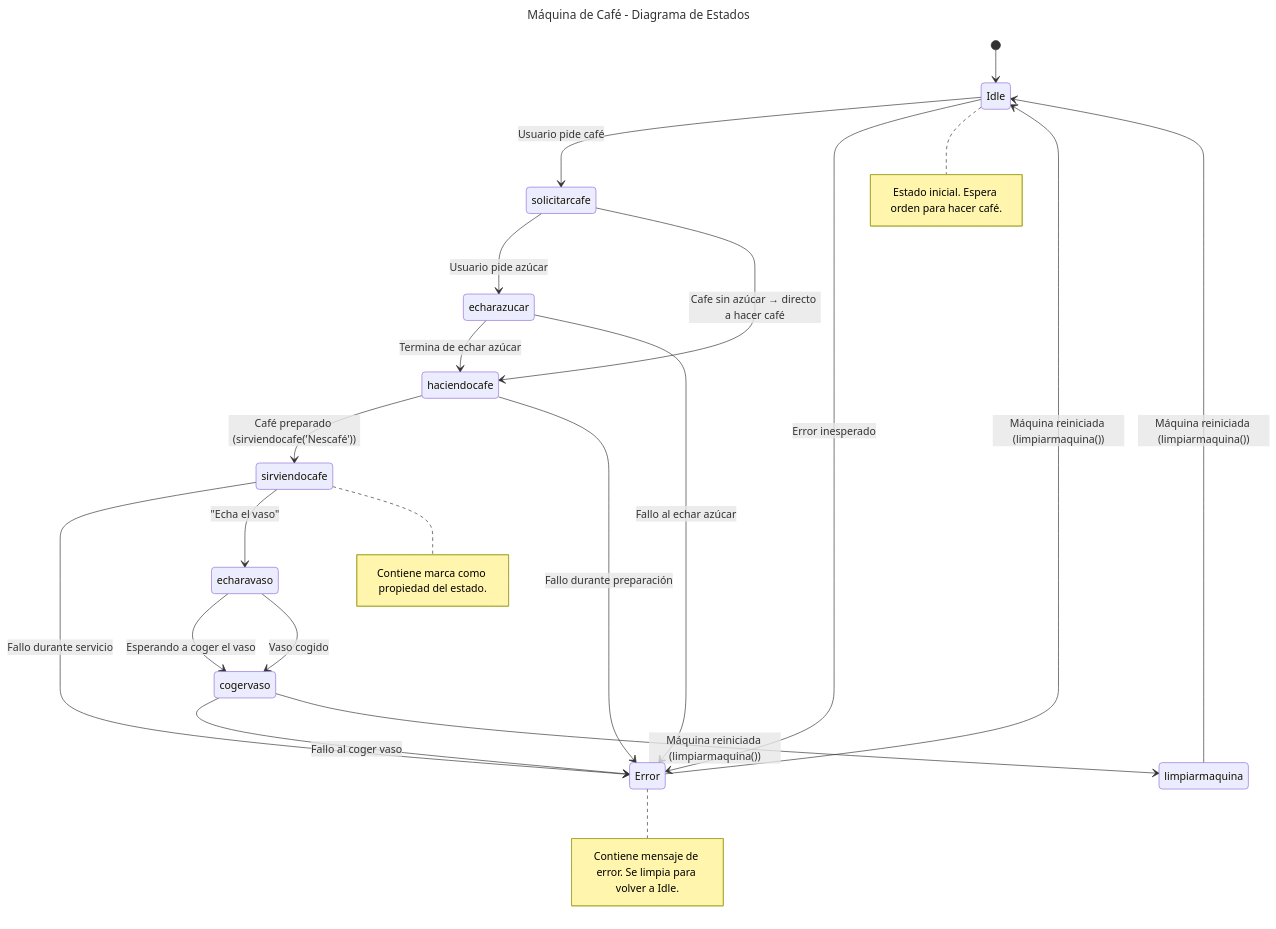
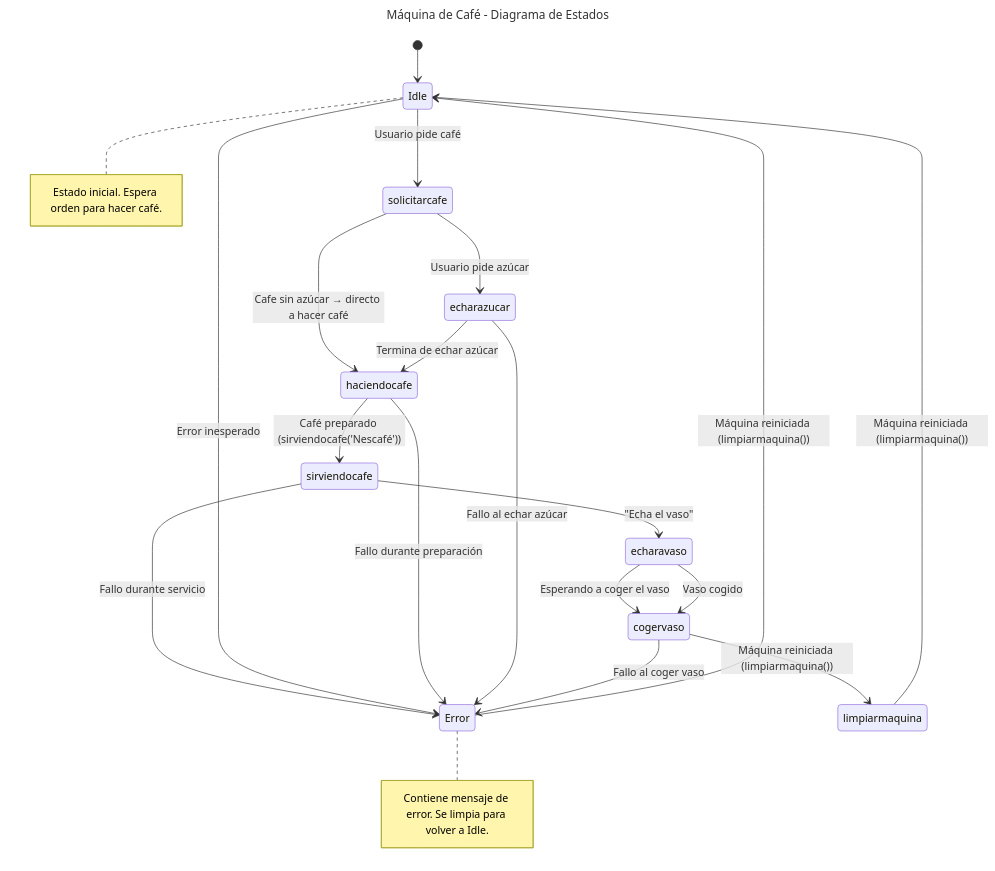
One commit to shermidagre/PMDM changed the diagram in 1trabajo/src/diagrama.mmd. Above: the diagram before and after it, drawn with Mermaid.

Commit message:
actu diagrama.mmd

```diff
--- a/1trabajo/src/diagrama.mmd
+++ b/1trabajo/src/diagrama.mmd
@@ -1,24 +1,23 @@
 ---
 title: Máquina de Café - Diagrama de Estados
 ---
 stateDiagram-v2
 [*] --> Idle
 Idle --> solicitarcafe: Usuario pide café
 solicitarcafe --> echarazucar: Usuario pide azúcar
 solicitarcafe --> haciendocafe: Cafe sin azúcar → directo a hacer café
 echarazucar --> haciendocafe: Termina de echar azúcar
 haciendocafe --> sirviendocafe: Café preparado (sirviendocafe('Nescafé'))
 sirviendocafe --> Error: Fallo durante servicio
 Idle --> Error: Error inesperado
 haciendocafe --> Error: Fallo durante preparación
 echarazucar --> Error: Fallo al echar azúcar
 sirviendocafe --> echaravaso: "Echa el vaso"
 echaravaso --> cogervaso: Esperando a coger el vaso
 cogervaso --> Error: Fallo al coger vaso
 echaravaso --> cogervaso: Vaso cogido
 cogervaso --> limpiarmaquina: Máquina reiniciada (limpiarmaquina())
 limpiarmaquina --> Idle: Máquina reiniciada (limpiarmaquina())
 Error --> Idle: Máquina reiniciada (limpiarmaquina())
 note right of Idle: Estado inicial. Espera orden para hacer café.
-note right of sirviendocafe: Contiene marca como propiedad del estado.
 note right of Error: Contiene mensaje de error. Se limpia para volver a Idle.
```
